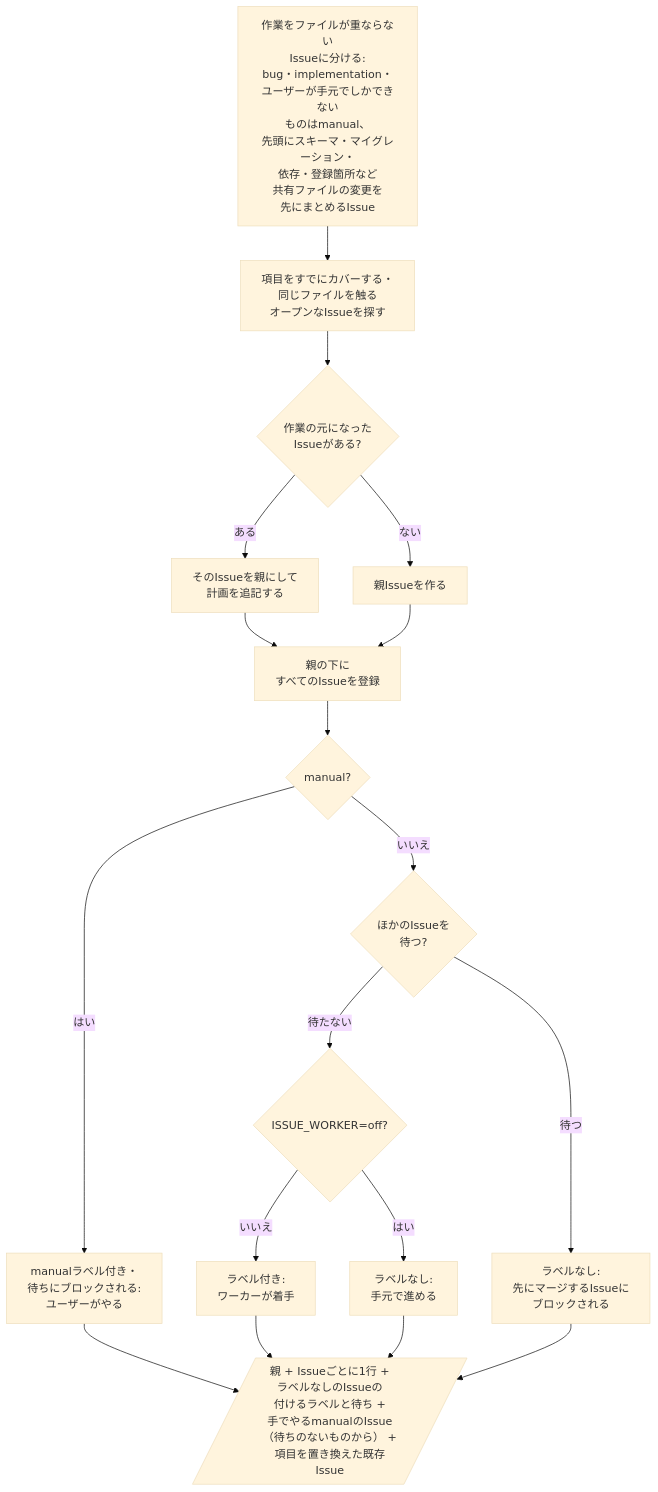
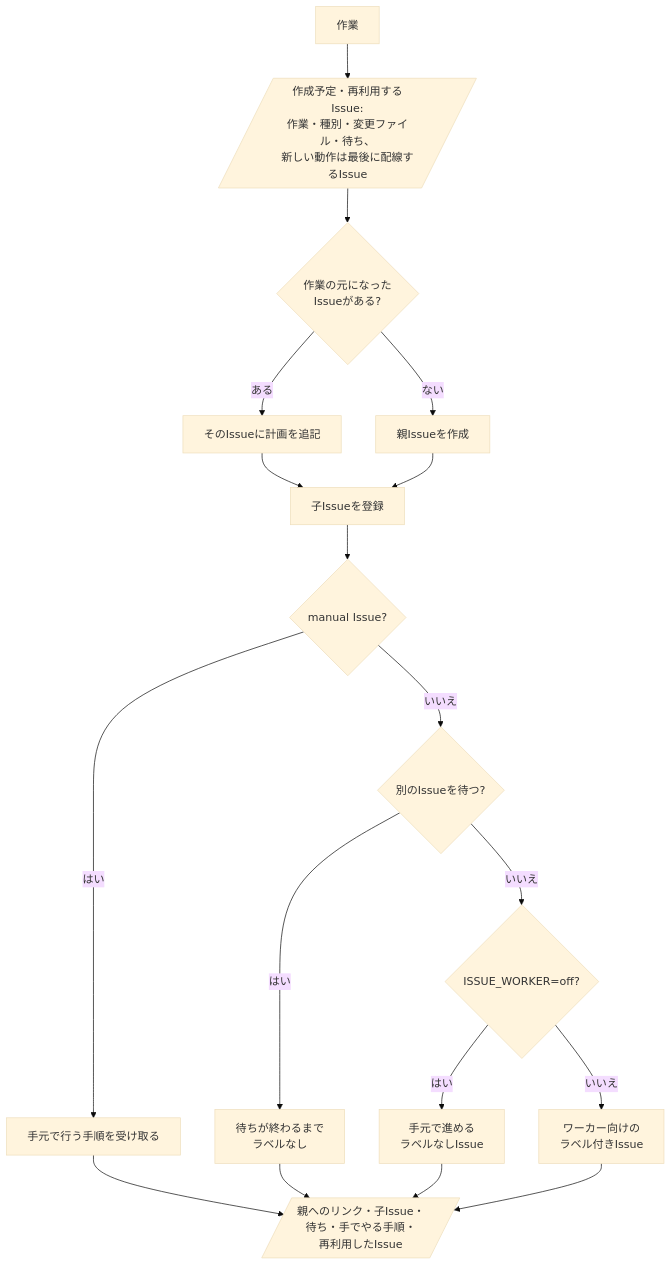
One commit to omni-stove/skill-kit changed the diagram in shared/skills/delegate/README.ja.md. Above: the diagram before and after it, drawn with Mermaid (base theme). The commit also changed 3 other files, not shown here.

Commit message:
Keep delegate work disconnected until final wiring and preview issue plans

````diff
--- a/shared/skills/delegate/README.ja.md
+++ b/shared/skills/delegate/README.ja.md
@@ -3,21 +3,20 @@
 ```mermaid
 flowchart TD
-  split["作業をファイルが重ならない<br/>Issueに分ける:<br/>bug・implementation・<br/>ユーザーが手元でしかできない<br/>ものはmanual、<br/>先頭にスキーマ・マイグレーション・<br/>依存・登録箇所など<br/>共有ファイルの変更を<br/>先にまとめるIssue"]
-  split --> similar[項目をすでにカバーする・<br/>同じファイルを触る<br/>オープンなIssueを探す]
-  similar --> origin{作業の元になった<br/>Issueがある?}
-  origin -- "ある" --> comment[そのIssueを親にして<br/>計画を追記する]
-  origin -- "ない" --> parent[親Issueを作る]
-  comment --> create[親の下に<br/>すべてのIssueを登録]
-  create --> kind{manual?}
-  kind -- "はい" --> manual[manualラベル付き・<br/>待ちにブロックされる:<br/>ユーザーがやる]
-  kind -- "いいえ" --> wait{ほかのIssueを<br/>待つ?}
-  wait -- "待たない" --> off{ISSUE_WORKER=off?}
-  off -- "いいえ" --> now[ラベル付き:<br/>ワーカーが着手]
-  off -- "はい" --> local[ラベルなし:<br/>手元で進める]
-  wait -- "待つ" --> later[ラベルなし:<br/>先にマージするIssueに<br/>ブロックされる]
-  parent --> create
-  now --> report[/"親 + Issueごとに1行 +<br/>ラベルなしのIssueの<br/>付けるラベルと待ち +<br/>手でやるmanualのIssue<br/>（待ちのないものから） +<br/>項目を置き換えた既存Issue"/]
+  task[作業] --> preview[/作成予定・再利用するIssue:<br/>作業・種別・変更ファイル・待ち、<br/>新しい動作は最後に配線するIssue/]
+  preview --> origin{作業の元になった<br/>Issueがある?}
+  origin -- "ある" --> existing[そのIssueに計画を追記]
+  origin -- "ない" --> parent[親Issueを作成]
+  existing --> issues[子Issueを登録]
+  parent --> issues
+  issues --> kind{manual Issue?}
+  kind -- "はい" --> manual[手元で行う手順を受け取る]
+  kind -- "いいえ" --> wait{別のIssueを待つ?}
+  wait -- "はい" --> later[待ちが終わるまで<br/>ラベルなし]
+  wait -- "いいえ" --> worker{ISSUE_WORKER=off?}
+  worker -- "はい" --> local[手元で進める<br/>ラベルなしIssue]
+  worker -- "いいえ" --> now[ワーカー向けの<br/>ラベル付きIssue]
+  manual --> report[/親へのリンク・子Issue・<br/>待ち・手でやる手順・<br/>再利用したIssue/]
   later --> report
   local --> report
-  manual --> report
+  now --> report
 ```
````
